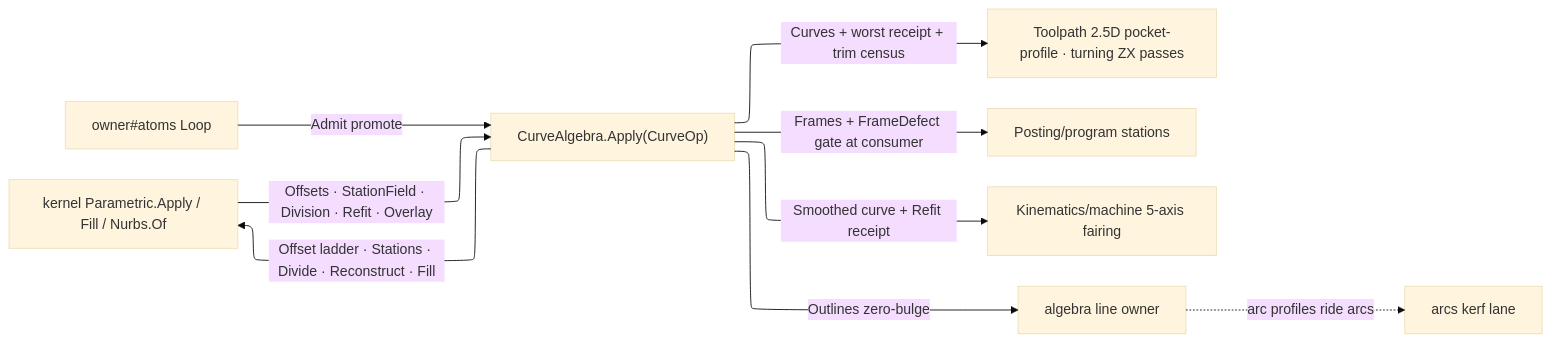
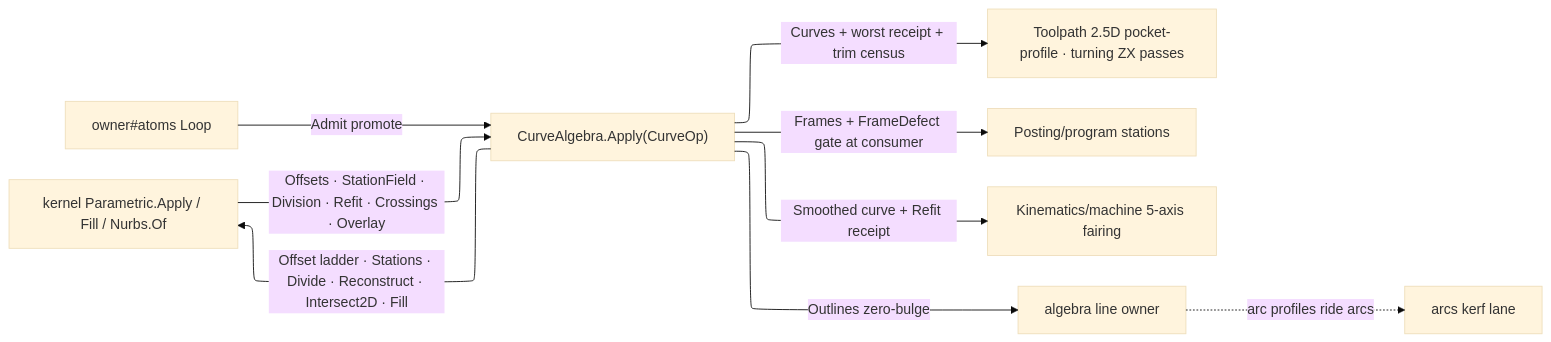
The diagram in libs/csharp/Rasm.Fabrication/.planning/Geometry2D/curves.md (bsamiee/Rasm), drawn with Mermaid before and after one commit. The commit also changed other lines of this file and 79 other files, not shown here.

````diff
--- a/libs/csharp/Rasm.Fabrication/.planning/Geometry2D/curves.md
+++ b/libs/csharp/Rasm.Fabrication/.planning/Geometry2D/curves.md
@@ -153,16 +151,16 @@
 ```mermaid
 ---
 config:
   layout: elk
   theme: base
 ---
 flowchart LR
     Loop["owner#atoms Loop"] -->|Admit promote| Alg["CurveAlgebra.Apply(CurveOp)"]
-    Alg -->|"Offset ladder · Stations · Divide · Reconstruct · Fill"| Kernel["kernel Parametric.Apply / Fill / Nurbs.Of"]
-    Kernel -->|"Offsets · StationField · Division · Refit · Overlay"| Alg
+    Alg -->|"Offset ladder · Stations · Divide · Reconstruct · Intersect2D · Fill"| Kernel["kernel Parametric.Apply / Fill / Nurbs.Of"]
+    Kernel -->|"Offsets · StationField · Division · Refit · Crossings · Overlay"| Alg
     Alg -->|"Curves + worst receipt + trim census"| Pocket["Toolpath 2.5D pocket-profile · turning ZX passes"]
     Alg -->|"Frames + FrameDefect gate at consumer"| Post["Posting/program stations"]
     Alg -->|"Smoothed curve + Refit receipt"| Machine["Kinematics/machine 5-axis fairing"]
     Alg -->|"Outlines zero-bulge"| Line["algebra line owner"]
     Line -.->|"arc profiles ride arcs"| Arcs["arcs kerf lane"]
 ```
````
